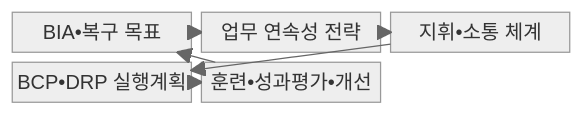
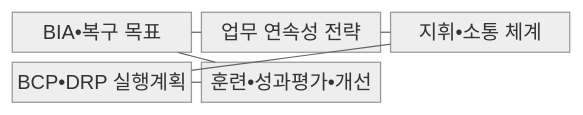
The first of 2 diagrams in src/content/docs/notes/05-security/110_business_continuity_plan.md (agnusdei1207/knowledge-base), drawn with Mermaid (neutral theme) before and after one commit. The commit also changed other lines of this file and 493 other files, not shown here.

````diff
--- a/src/content/docs/notes/05-security/110_business_continuity_plan.md
+++ b/src/content/docs/notes/05-security/110_business_continuity_plan.md
@@ -63,14 +63,14 @@
 ```mermaid
-block
+block-beta
   columns 3
   B["BIA•복구 목표"]
   S["업무 연속성 전략"]
   C["지휘•소통 체계"]
   P["BCP•DRP 실행계획"]
   T["훈련•성과평가•개선"]
-  B --> S
-  S --> C
-  C --> P
-  P --> T
-  T --> B
+  B --- S
+  S --- C
+  C --- P
+  P --- T
+  T --- B
 ```
````
